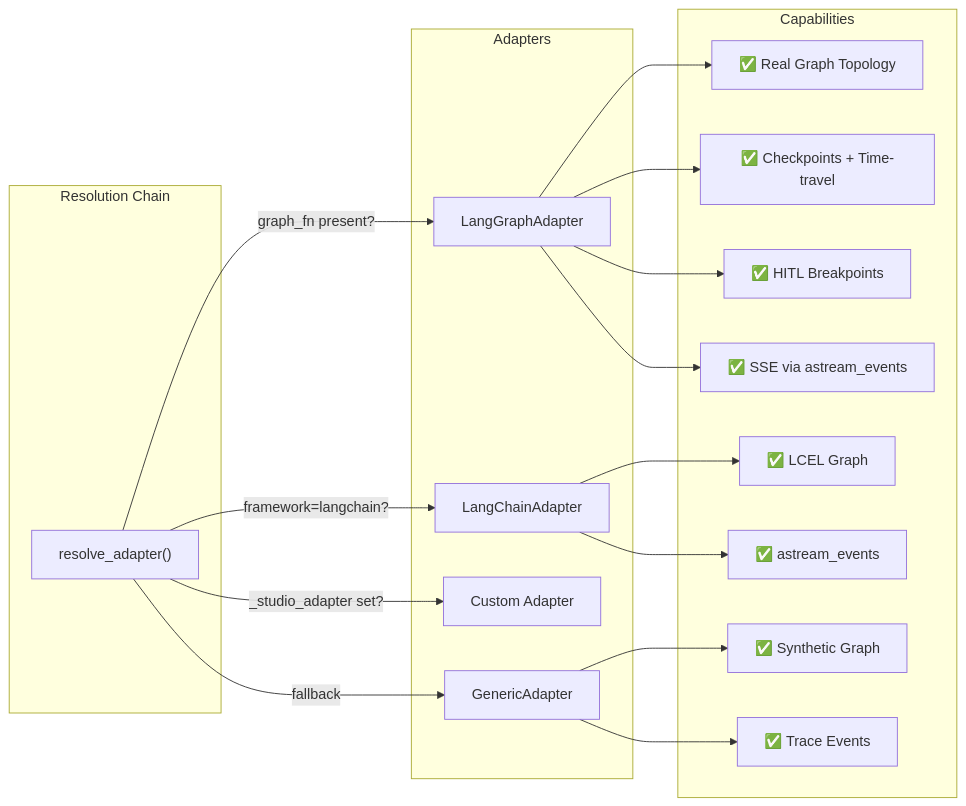
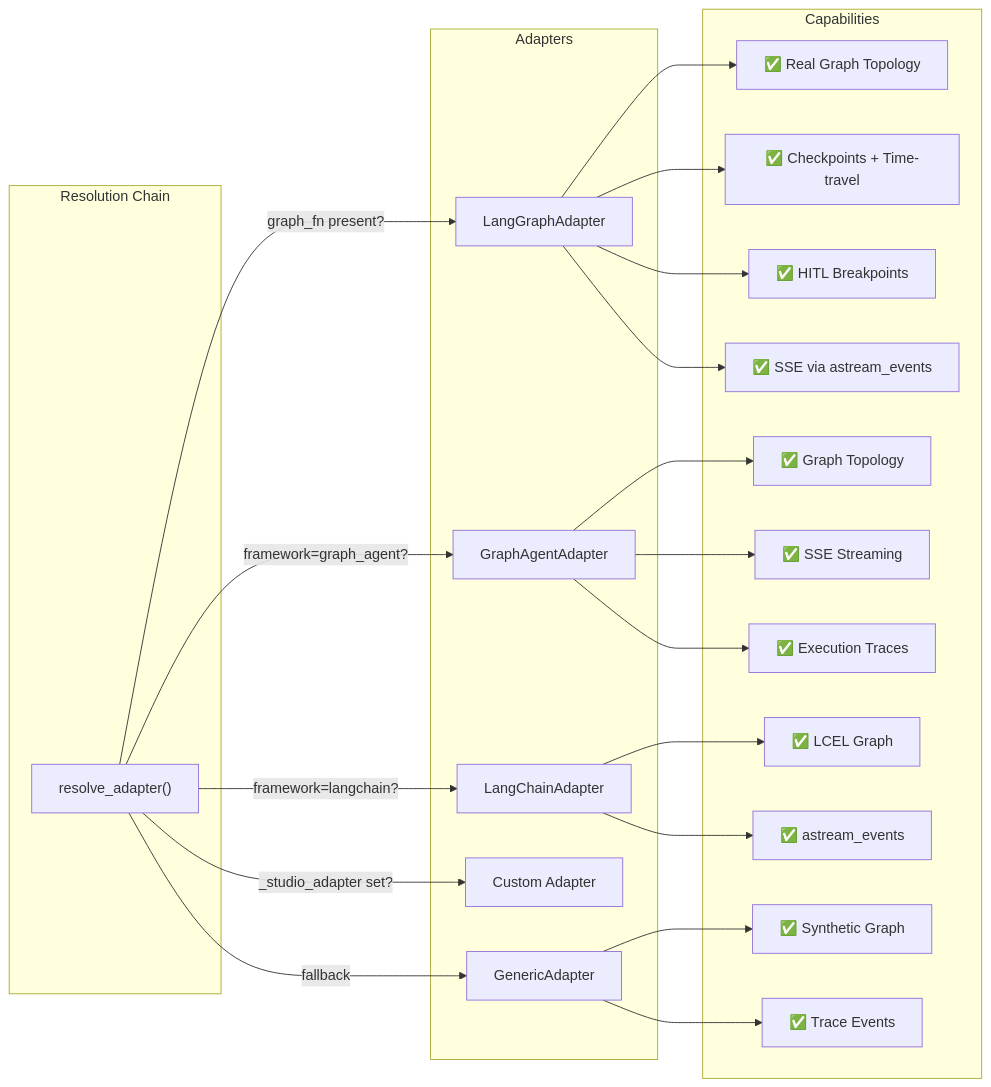
The second of 10 diagrams in docs/architecture/overview.md (UnicoLab/agentomatic), drawn with Mermaid before and after one commit. The commit also changed other lines of this file and 27 other files, not shown here.

````diff
--- a/docs/architecture/overview.md
+++ b/docs/architecture/overview.md
@@ -173,24 +173,28 @@
 ```mermaid
 graph LR
     subgraph "Resolution Chain"
         R["resolve_adapter()"]
     end
 
     subgraph "Adapters"
         R -->|"graph_fn present?"| LG["LangGraphAdapter"]
+        R -->|"framework=graph_agent?"| GA["GraphAgentAdapter"]
         R -->|"framework=langchain?"| LC["LangChainAdapter"]
         R -->|"_studio_adapter set?"| CU["Custom Adapter"]
         R -->|"fallback"| GN["GenericAdapter"]
     end
 
     subgraph "Capabilities"
         LG --> G1["✅ Real Graph Topology"]
         LG --> G2["✅ Checkpoints + Time-travel"]
         LG --> G3["✅ HITL Breakpoints"]
         LG --> G4["✅ SSE via astream_events"]
+        GA --> A1["✅ Graph Topology"]
+        GA --> A2["✅ SSE Streaming"]
+        GA --> A3["✅ Execution Traces"]
         LC --> L1["✅ LCEL Graph"]
         LC --> L2["✅ astream_events"]
         GN --> N1["✅ Synthetic Graph"]
         GN --> N2["✅ Trace Events"]
     end
 ```
````
